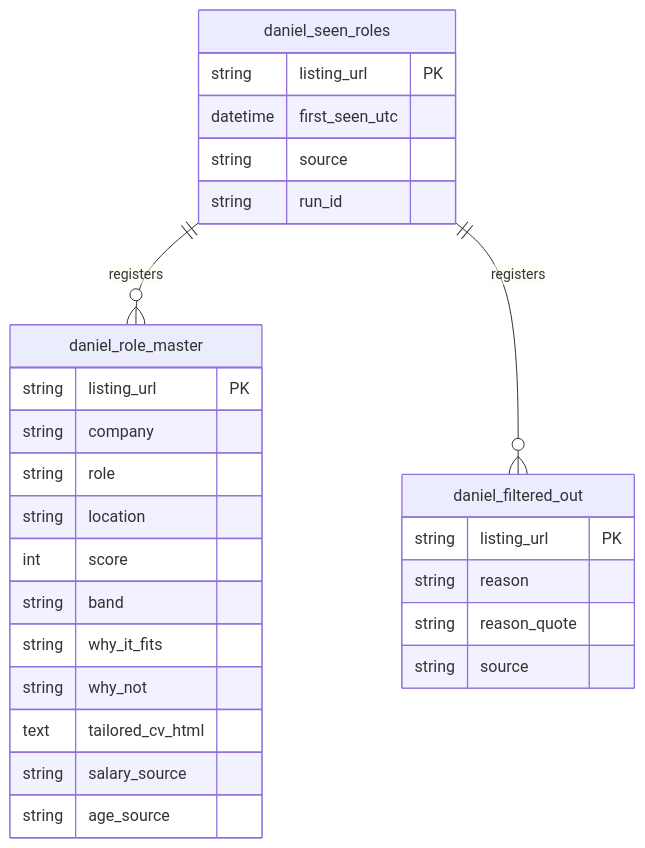
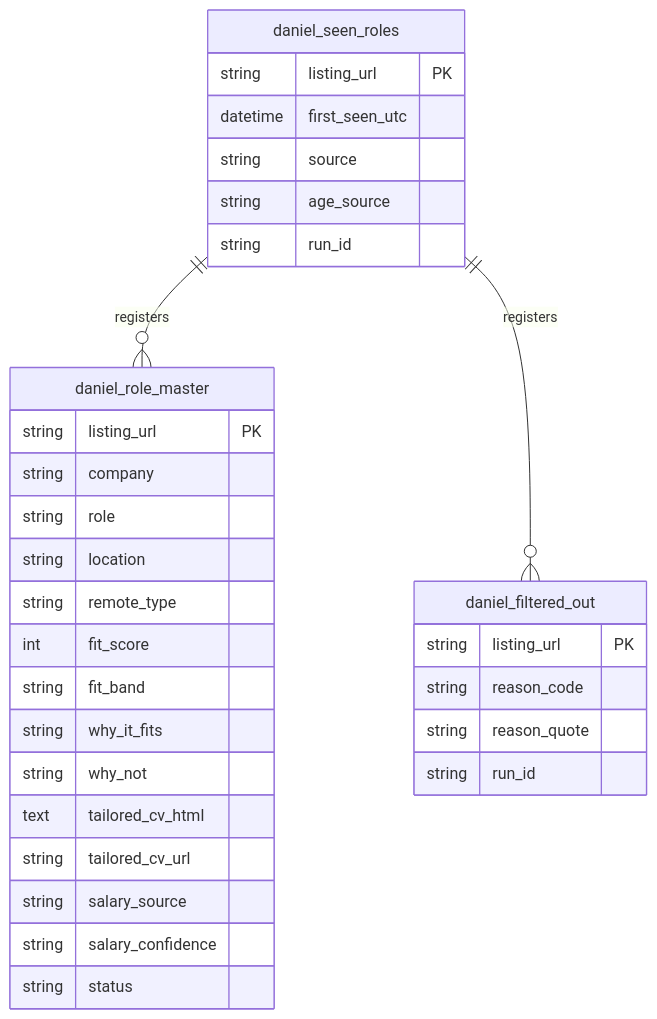
One commit to Vaughnai2023/n8n-community-challenge---Case-2-Daniel-Job-Scout changed the fourth of 4 diagrams in README.md. Above: the diagram before and after it, drawn with Mermaid. The commit also changed other lines of this file and 31 other files, not shown here.

````diff
--- a/README.md
+++ b/README.md
@@ -143,31 +176,35 @@
 ```mermaid
 erDiagram
     daniel_seen_roles ||--o{ daniel_role_master : "registers"
     daniel_seen_roles ||--o{ daniel_filtered_out : "registers"
 
     daniel_seen_roles {
         string listing_url PK
         datetime first_seen_utc
         string source
+        string age_source
         string run_id
     }
     daniel_role_master {
         string listing_url PK
         string company
         string role
         string location
-        int score
-        string band
+        string remote_type
+        int fit_score
+        string fit_band
         string why_it_fits
         string why_not
         text tailored_cv_html
+        string tailored_cv_url
         string salary_source
-        string age_source
+        string salary_confidence
+        string status
     }
     daniel_filtered_out {
         string listing_url PK
-        string reason
+        string reason_code
         string reason_quote
-        string source
+        string run_id
     }
 ```
````
